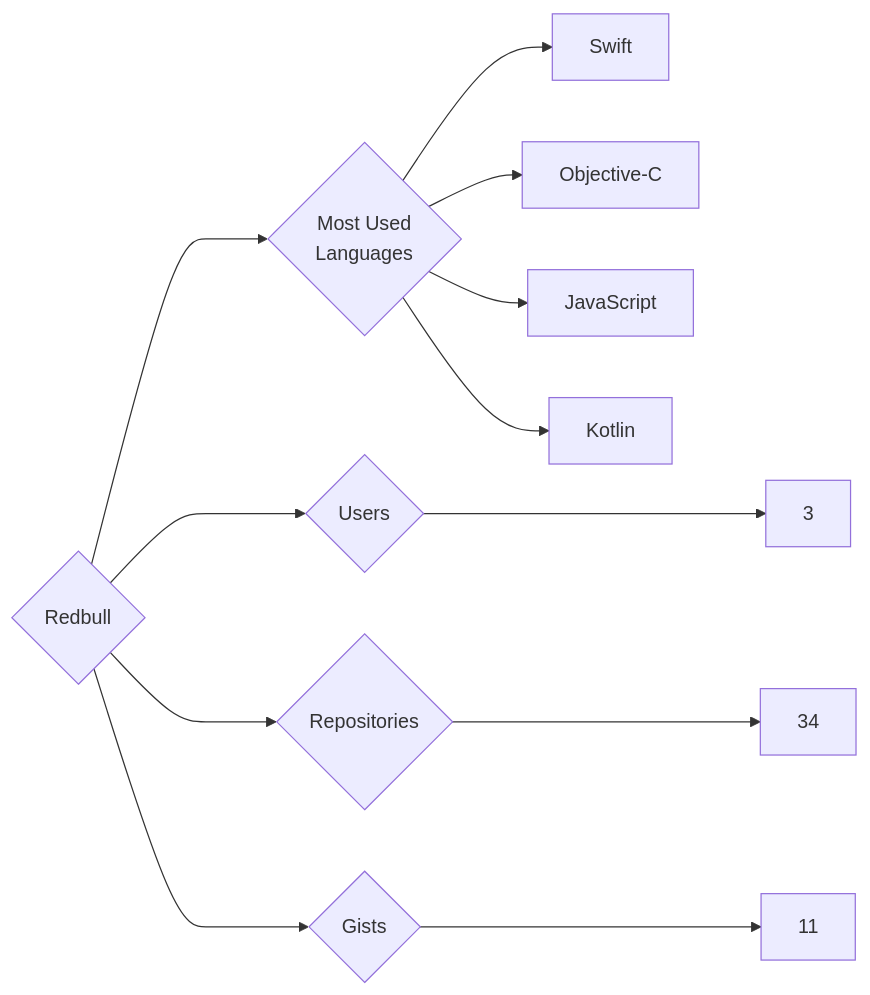
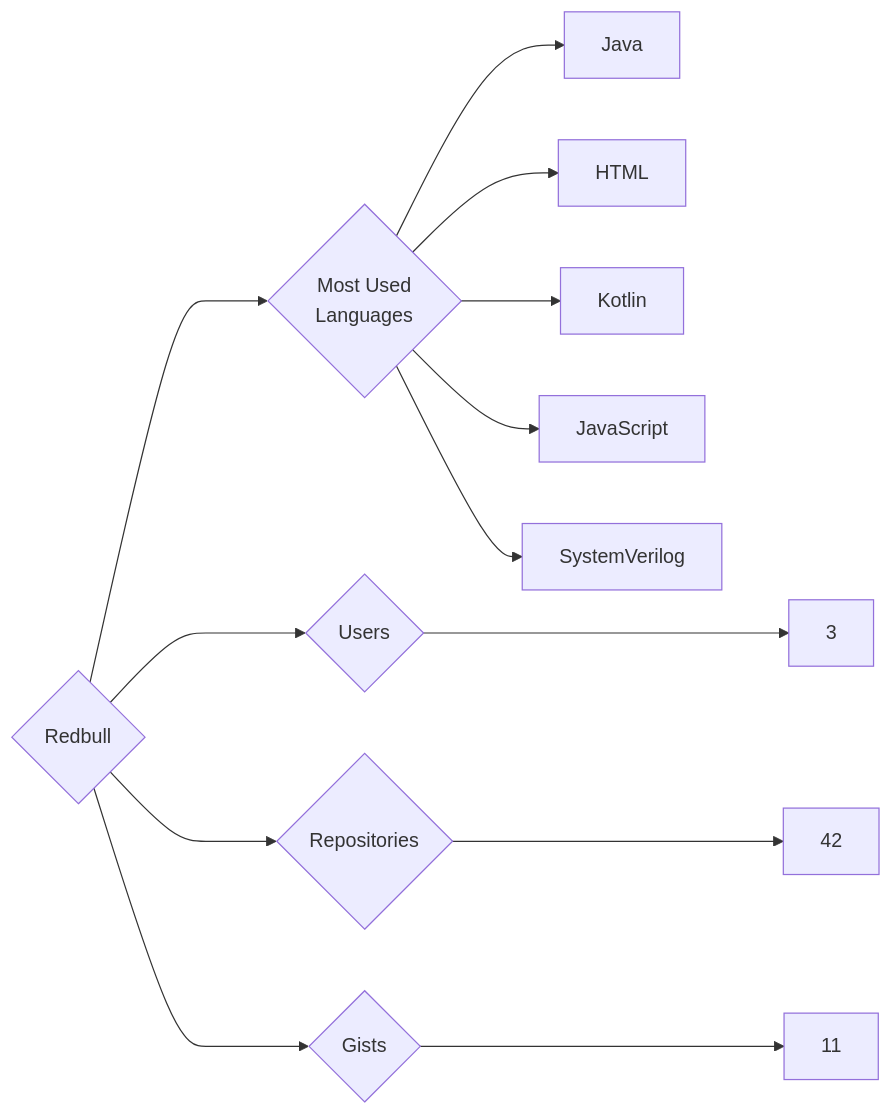
Before and after one commit to trickest/insiders: the diagram in targets/Redbull/README.md, drawn with Mermaid. The commit also changed 1248 other files, not shown here.

````diff
--- a/targets/Redbull/README.md
+++ b/targets/Redbull/README.md
@@ -3,12 +3,13 @@
 ```mermaid
 graph LR
 COMPANY_NAME{Redbull}
 COMPANY_NAME ---> U{Users} ---> UN[3]
-COMPANY_NAME ---> R{Repositories} ---> RN[34]
+COMPANY_NAME ---> R{Repositories} ---> RN[42]
 COMPANY_NAME ---> G{Gists} ---> GN[11]
 COMPANY_NAME ---> ML{Most Used<br>Languages}
-ML --> Swift[Swift]
-ML --> Objective-C[Objective-C]
+ML --> Java[Java]
+ML --> HTML[HTML]
+ML --> Kotlin[Kotlin]
 ML --> JavaScript[JavaScript]
-ML --> Kotlin[Kotlin]
+ML --> SystemVerilog[SystemVerilog]
 ```
````
